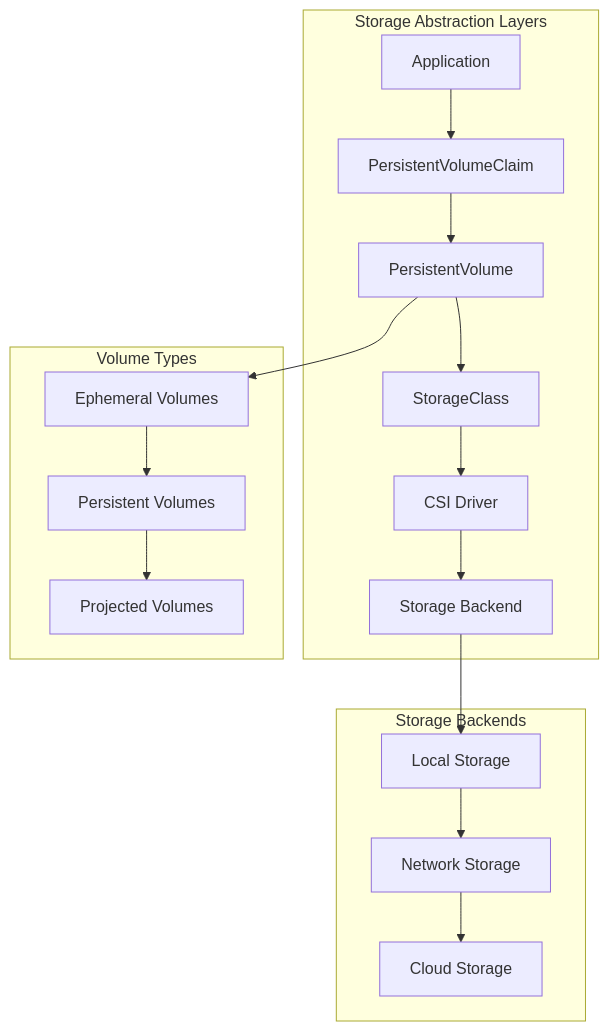
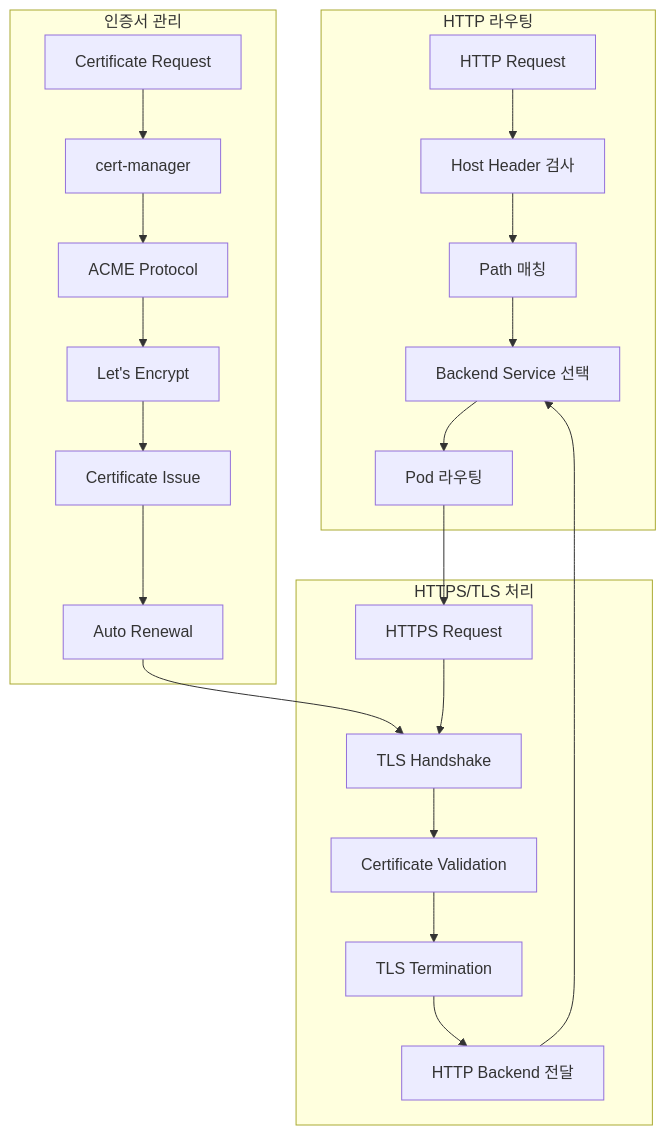
The second of 4 diagrams in week_02/day_03/session_05.md (niceguy61/kdt_devops_lecture_2025), drawn with Mermaid before and after one commit. The commit also changed other lines of this file and 38 other files, not shown here.

````diff
--- a/week_02/day_03/session_05.md
+++ b/week_02/day_03/session_05.md
@@ -15,23 +155,28 @@
 ```mermaid
 graph TB
-    subgraph "Storage Abstraction Layers"
-        A[Application] --> B[PersistentVolumeClaim]
-        B --> C[PersistentVolume]
-        C --> D[StorageClass]
-        D --> E[CSI Driver]
-        E --> F[Storage Backend]
+    subgraph "HTTP 라우팅"
+        A[HTTP Request] --> B[Host Header 검사]
+        B --> C[Path 매칭]
+        C --> D[Backend Service 선택]
+        D --> E[Pod 라우팅]
     end
     
-    subgraph "Volume Types"
-        G[Ephemeral Volumes] --> H[Persistent Volumes]
-        H --> I[Projected Volumes]
+    subgraph "HTTPS/TLS 처리"
+        F[HTTPS Request] --> G[TLS Handshake]
+        G --> H[Certificate Validation]
+        H --> I[TLS Termination]
+        I --> J[HTTP Backend 전달]
     end
     
-    subgraph "Storage Backends"
-        J[Local Storage] --> K[Network Storage]
-        K --> L[Cloud Storage]
+    subgraph "인증서 관리"
+        K[Certificate Request] --> L[cert-manager]
+        L --> M[ACME Protocol]
+        M --> N[Let's Encrypt]
+        N --> O[Certificate Issue]
+        O --> P[Auto Renewal]
     end
     
-    C --> G
-    F --> J
+    E --> F
+    J --> D
+    P --> G
 ```
````
